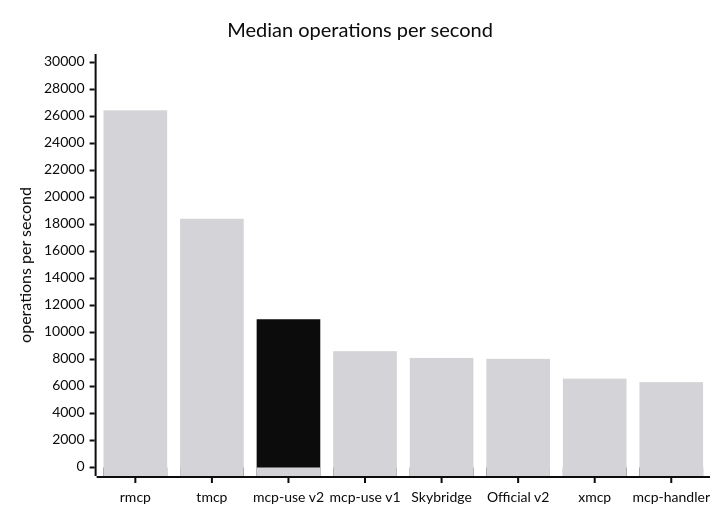
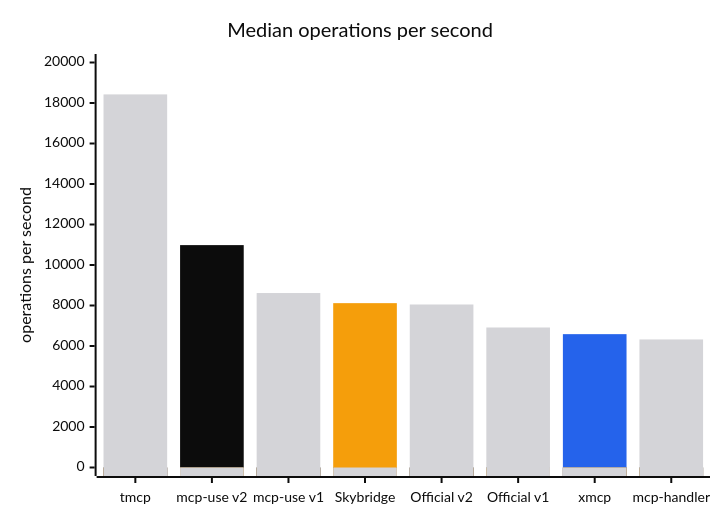
Before and after one commit to mcp-use/mcp-use: the first of 4 diagrams in benchmark.md, drawn with Mermaid. The commit also changed other lines of this file and 2 other files, not shown here.

````diff
--- a/benchmark.md
+++ b/benchmark.md
@@ -22,24 +25,26 @@
 ```mermaid
 ---
 config:
   themeVariables:
     xyChart:
       backgroundColor: "#ffffff"
       titleColor: "#0c0c0c"
       xAxisLabelColor: "#0c0c0c"
       xAxisTitleColor: "#0c0c0c"
       xAxisTickColor: "#0c0c0c"
       xAxisLineColor: "#0c0c0c"
       yAxisLabelColor: "#0c0c0c"
       yAxisTitleColor: "#0c0c0c"
       yAxisTickColor: "#0c0c0c"
       yAxisLineColor: "#0c0c0c"
-      plotColorPalette: "#0c0c0c, #d4d4d8"
+      plotColorPalette: "#0c0c0c, #2563eb, #f59e0b, #d4d4d8"
 ---
 xychart
   title "Median operations per second"
-  x-axis ["rmcp", "tmcp", "mcp-use v2", "mcp-use v1", "Skybridge", "Official v2", "xmcp", "mcp-handler"]
-  y-axis "operations per second" 0 --> 30000
-  bar [0, 0, 10982, 0, 0, 0, 0, 0]
-  bar [26459, 18425, 0, 8615, 8116, 8050, 6585, 6324]
+  x-axis ["tmcp", "mcp-use v2", "mcp-use v1", "Skybridge", "Official v2", "Official v1", "xmcp", "mcp-handler"]
+  y-axis "operations per second" 0 --> 20000
+  bar [0, 10982, 0, 0, 0, 0, 0, 0]
+  bar [0, 0, 0, 0, 0, 0, 6585, 0]
+  bar [0, 0, 0, 8116, 0, 0, 0, 0]
+  bar [18425, 0, 8615, 0, 8050, 6914, 0, 6324]
 ```
````
